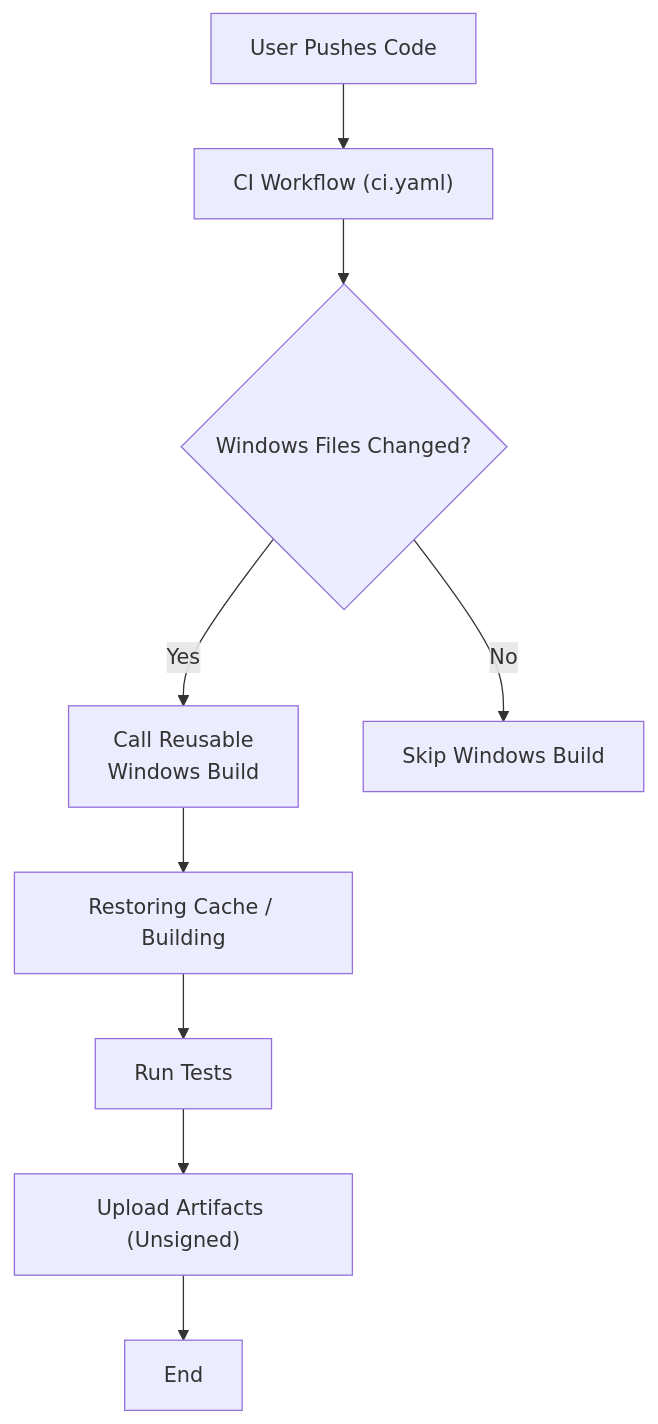
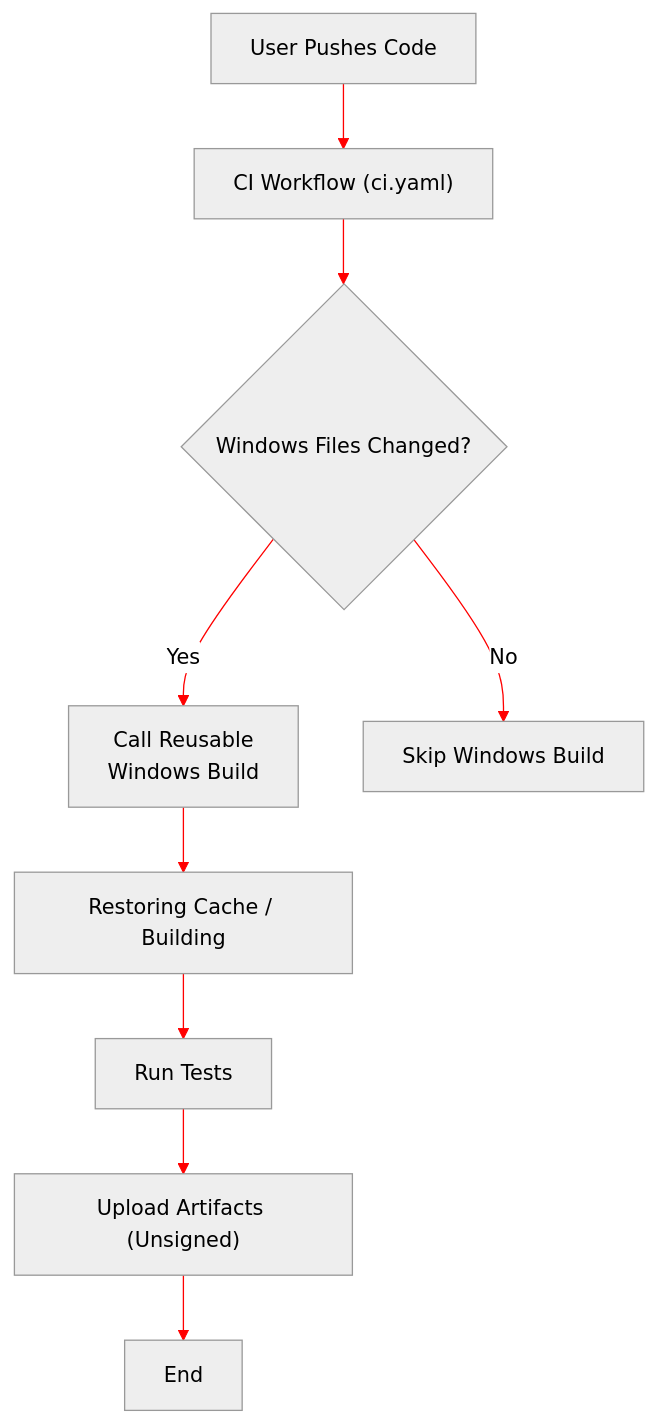
One commit to metalbear-co/mirrord changed the first of 3 diagrams in .github/workflows/README.md. Above: the diagram before and after it, drawn with Mermaid. The commit also changed other lines of this file, not shown here.

Commit message:
docs: apply mirrord mermaid style

````diff
--- a/.github/workflows/README.md
+++ b/.github/workflows/README.md
@@ -11,11 +11,12 @@
 ```mermaid
+%%{init: {'theme': 'neutral', 'themeVariables': {'lineColor': '#f00'}}}%%
 graph TD
     A["User Pushes Code"] --> B["CI Workflow (ci.yaml)"]
     B --> C{"Windows Files Changed?"}
     C -->|Yes| D["Call Reusable<br>Windows Build"]
     C -->|No| E["Skip Windows Build"]
     D --> F["Restoring Cache / Building"]
     F --> G["Run Tests"]
     G --> H["Upload Artifacts (Unsigned)"]
     H --> I[End]
 ```
````
